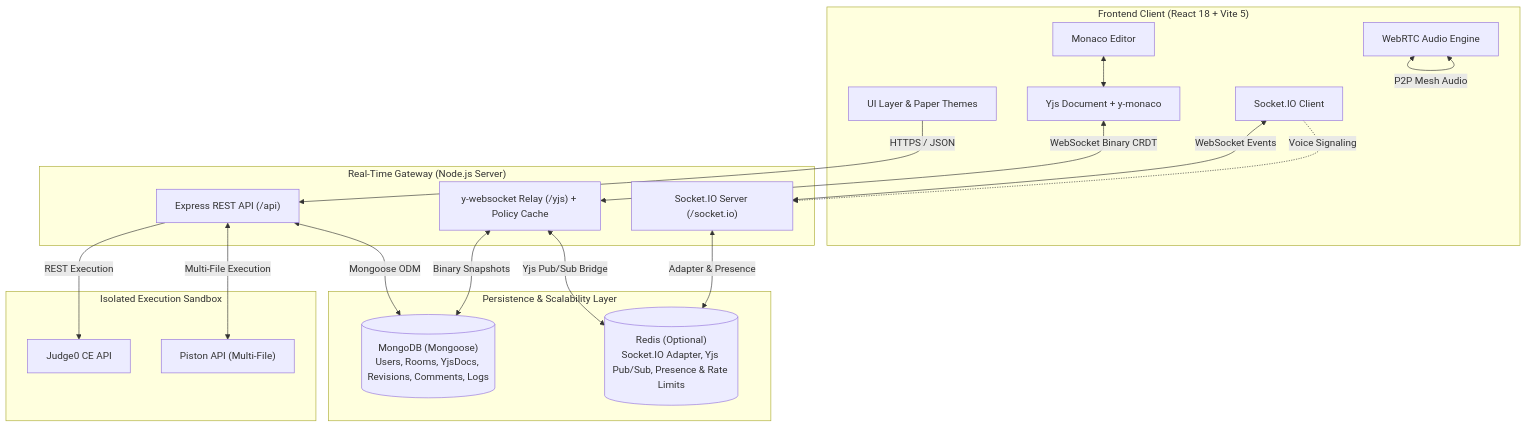
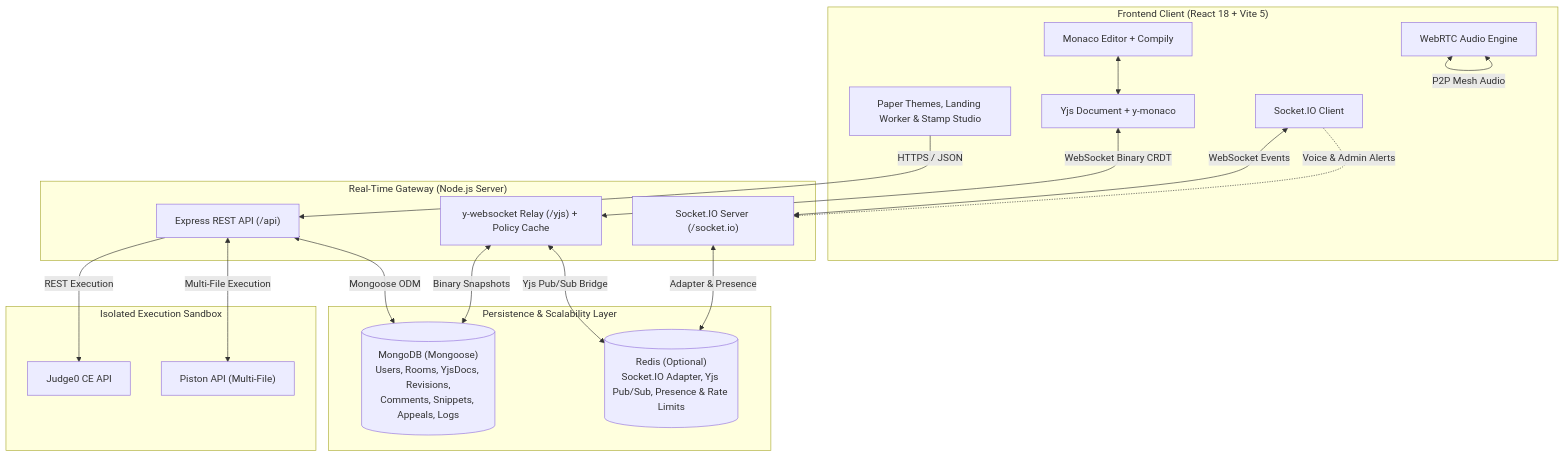
One commit to saisanthu07/collaborative-code-editor changed the diagram in README.md. Above: the diagram before and after it, drawn with Mermaid. The commit also changed other lines of this file, not shown here.

````diff
--- a/README.md
+++ b/README.md
@@ -87,40 +86,40 @@
 ```mermaid
 flowchart TD
     subgraph Client["Frontend Client (React 18 + Vite 5)"]
-        UI["UI Layer & Paper Themes"]
-        Monaco["Monaco Editor"]
+        UI["Paper Themes, Landing Worker & Stamp Studio"]
+        Monaco["Monaco Editor + Compily"]
         YjsDoc["Yjs Document + y-monaco"]
         WebRTC["WebRTC Audio Engine"]
         SocketClient["Socket.IO Client"]
     end
 
     subgraph Realtime["Real-Time Gateway (Node.js Server)"]
         YjsRelay["y-websocket Relay (/yjs) + Policy Cache"]
         SocketEngine["Socket.IO Server (/socket.io)"]
         ExpressApp["Express REST API (/api)"]
     end
 
     subgraph Data["Persistence & Scalability Layer"]
-        MongoDB[("MongoDB (Mongoose)\nUsers, Rooms, YjsDocs, Revisions, Comments, Logs")]
+        MongoDB[("MongoDB (Mongoose)\nUsers, Rooms, YjsDocs, Revisions,\nComments, Snippets, Appeals, Logs")]
         RedisCluster[("Redis (Optional)\nSocket.IO Adapter, Yjs Pub/Sub, Presence & Rate Limits")]
     end
 
     subgraph Sandbox["Isolated Execution Sandbox"]
         Judge0["Judge0 CE API"]
         Piston["Piston API (Multi-File)"]
     end
 
     Monaco <--> YjsDoc
     YjsDoc <-->|WebSocket Binary CRDT| YjsRelay
     SocketClient <-->|WebSocket Events| SocketEngine
     WebRTC <-->|P2P Mesh Audio| WebRTC
-    SocketClient -.->|Voice Signaling| SocketEngine
+    SocketClient -.->|Voice & Admin Alerts| SocketEngine
     UI -->|HTTPS / JSON| ExpressApp
 
     YjsRelay <-->|Yjs Pub/Sub Bridge| RedisCluster
     SocketEngine <-->|Adapter & Presence| RedisCluster
     ExpressApp <-->|Mongoose ODM| MongoDB
     YjsRelay <-->|Binary Snapshots| MongoDB
     ExpressApp -->|REST Execution| Judge0
     ExpressApp <-->|Multi-File Execution| Piston
 ```
````
